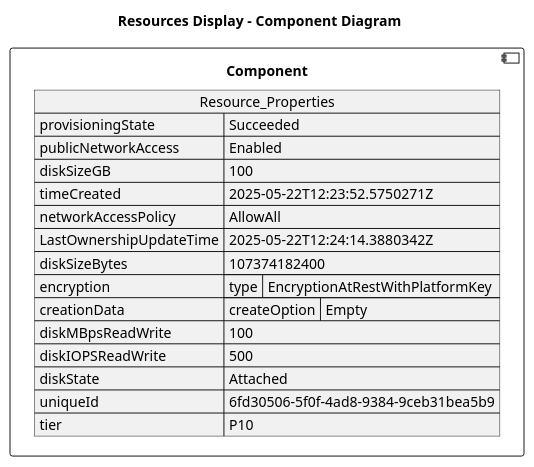
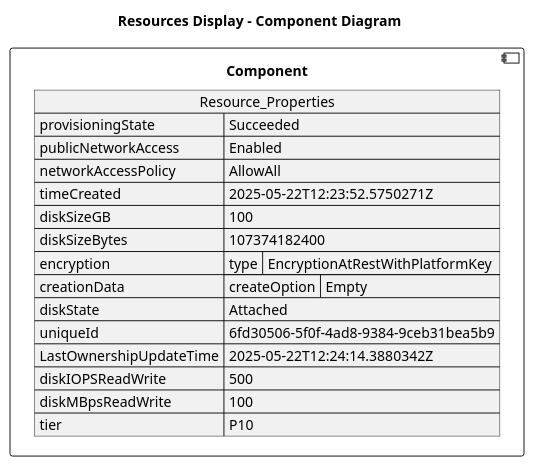
One commit to DanielAmpong/Test-Azure-architecture-diagram changed the diagram in architectureDesign/PUML/rg-aleksander_Resources/d_awh_appwm1_datadisk1.puml. Above: the diagram before and after it, drawn with PlantUML. The commit also changed other lines of this file and 305 other files, not shown here.

```diff
--- a/architectureDesign/PUML/rg-aleksander_Resources/d_awh_appwm1_datadisk1.puml
+++ b/architectureDesign/PUML/rg-aleksander_Resources/d_awh_appwm1_datadisk1.puml
@@ -1,28 +1,28 @@
 @startuml
 
 title Resources Display - Component Diagram
 
 component Component {
 
 json  Resource_Properties {
   "provisioningState": "Succeeded",
   "publicNetworkAccess": "Enabled",
+  "networkAccessPolicy": "AllowAll",
+  "timeCreated": "2025-05-22T12:23:52.5750271Z",
   "diskSizeGB": 100,
-  "timeCreated": "2025-05-22T12:23:52.5750271Z",
-  "networkAccessPolicy": "AllowAll",
-  "LastOwnershipUpdateTime": "2025-05-22T12:24:14.3880342Z",
   "diskSizeBytes": 107374182400,
   "encryption": {
     "type": "EncryptionAtRestWithPlatformKey"
   },
   "creationData": {
     "createOption": "Empty"
   },
-  "diskMBpsReadWrite": 100,
-  "diskIOPSReadWrite": 500,
   "diskState": "Attached",
   "uniqueId": "6fd30506-5f0f-4ad8-9384-9ceb31bea5b9",
+  "LastOwnershipUpdateTime": "2025-05-22T12:24:14.3880342Z",
+  "diskIOPSReadWrite": 500,
+  "diskMBpsReadWrite": 100,
   "tier": "P10"
 }
 }
 @enduml
```
